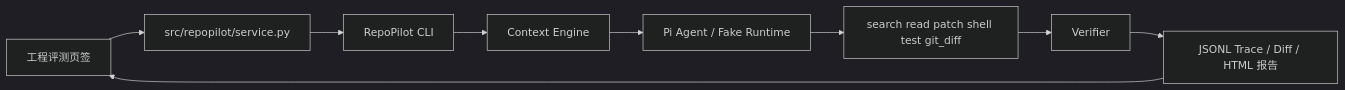
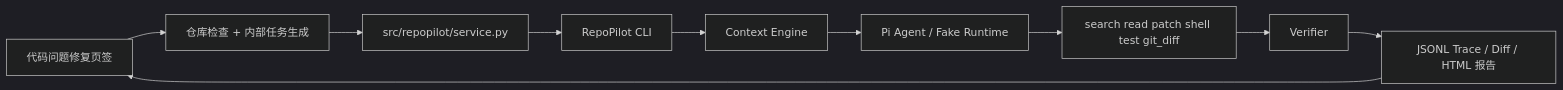
Before and after one commit to Tartistbz/Aero-Analytica: the second of 4 diagrams in PROJECT_ARCHITECTURE.md, drawn with Mermaid (dark theme). The commit also changed other lines of this file and 7 other files, not shown here.

````diff
--- a/PROJECT_ARCHITECTURE.md
+++ b/PROJECT_ARCHITECTURE.md
@@ -75,11 +75,12 @@
 ```mermaid
 flowchart LR
-    UI["工程评测页签"] --> BRIDGE["src/repopilot/service.py"]
+    UI["代码问题修复页签"] --> PREFLIGHT["仓库检查 + 内部任务生成"]
+    PREFLIGHT --> BRIDGE["src/repopilot/service.py"]
     BRIDGE --> CLI["RepoPilot CLI"]
     CLI --> CTX["Context Engine"]
     CTX --> PI["Pi Agent / Fake Runtime"]
     PI --> TOOLS["search read patch shell test git_diff"]
     TOOLS --> VERIFY["Verifier"]
     VERIFY --> TRACE["JSONL Trace / Diff / HTML 报告"]
     TRACE --> UI
 ```
````
